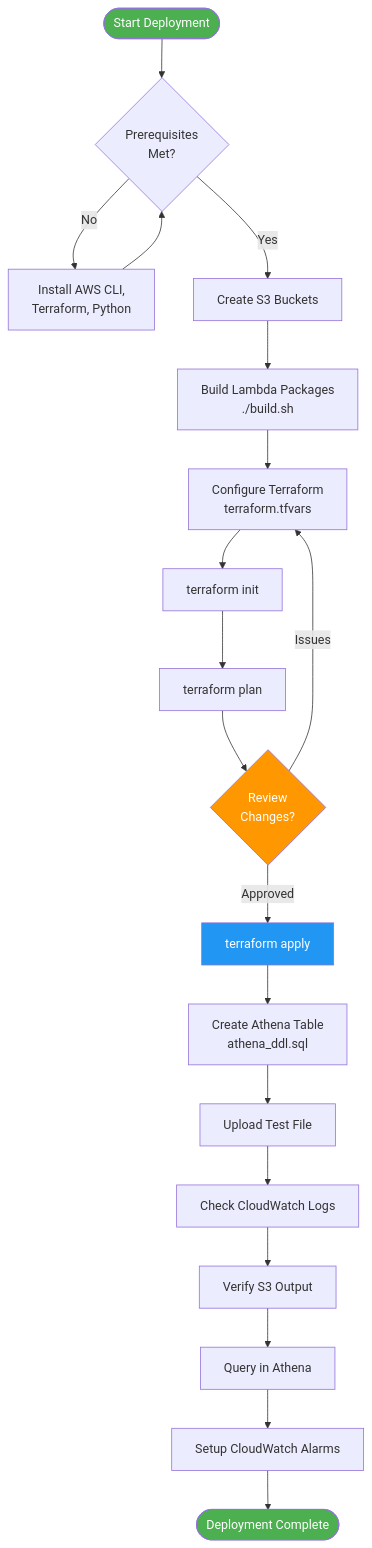
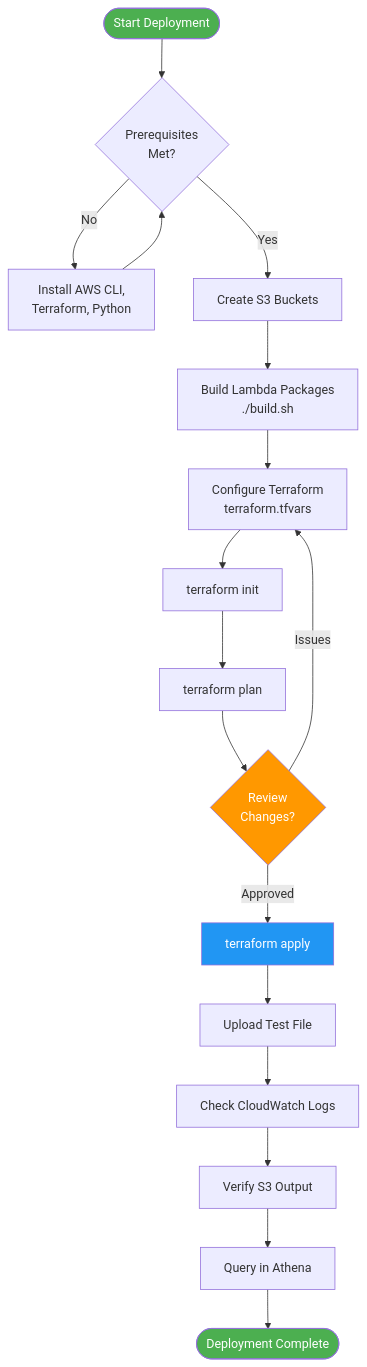
One commit to manifullstackdeveloper/aws_s3_parquet_athena_lambda changed the diagram in docs/DEPLOYMENT_GUIDE.md. Above: the diagram before and after it, drawn with Mermaid. The commit also changed other lines of this file and 27 other files, not shown here.

````diff
--- a/docs/DEPLOYMENT_GUIDE.md
+++ b/docs/DEPLOYMENT_GUIDE.md
@@ -7,26 +7,24 @@
 ```mermaid
 flowchart TD
     Start([Start Deployment]) --> CheckPrereq{Prerequisites<br/>Met?}
     CheckPrereq -->|No| InstallTools[Install AWS CLI,<br/>Terraform, Python]
     InstallTools --> CheckPrereq
     CheckPrereq -->|Yes| CreateBuckets[Create S3 Buckets]
     CreateBuckets --> BuildPackages[Build Lambda Packages<br/>./build.sh]
     BuildPackages --> ConfigTF[Configure Terraform<br/>terraform.tfvars]
     ConfigTF --> TFInit[terraform init]
     TFInit --> TFPlan[terraform plan]
     TFPlan --> Review{Review<br/>Changes?}
     Review -->|Issues| ConfigTF
     Review -->|Approved| TFApply[terraform apply]
-    TFApply --> CreateAthena[Create Athena Table<br/>athena_ddl.sql]
-    CreateAthena --> TestUpload[Upload Test File]
+    TFApply --> TestUpload[Upload Test File]
     TestUpload --> VerifyLogs[Check CloudWatch Logs]
     VerifyLogs --> VerifyS3[Verify S3 Output]
     VerifyS3 --> QueryAthena[Query in Athena]
-    QueryAthena --> SetupAlarms[Setup CloudWatch Alarms]
-    SetupAlarms --> End([Deployment Complete])
+    QueryAthena --> End([Deployment Complete])
     
     style Start fill:#4CAF50,color:#fff
     style End fill:#4CAF50,color:#fff
     style TFApply fill:#2196F3,color:#fff
     style Review fill:#FF9800,color:#fff
 ```
````
